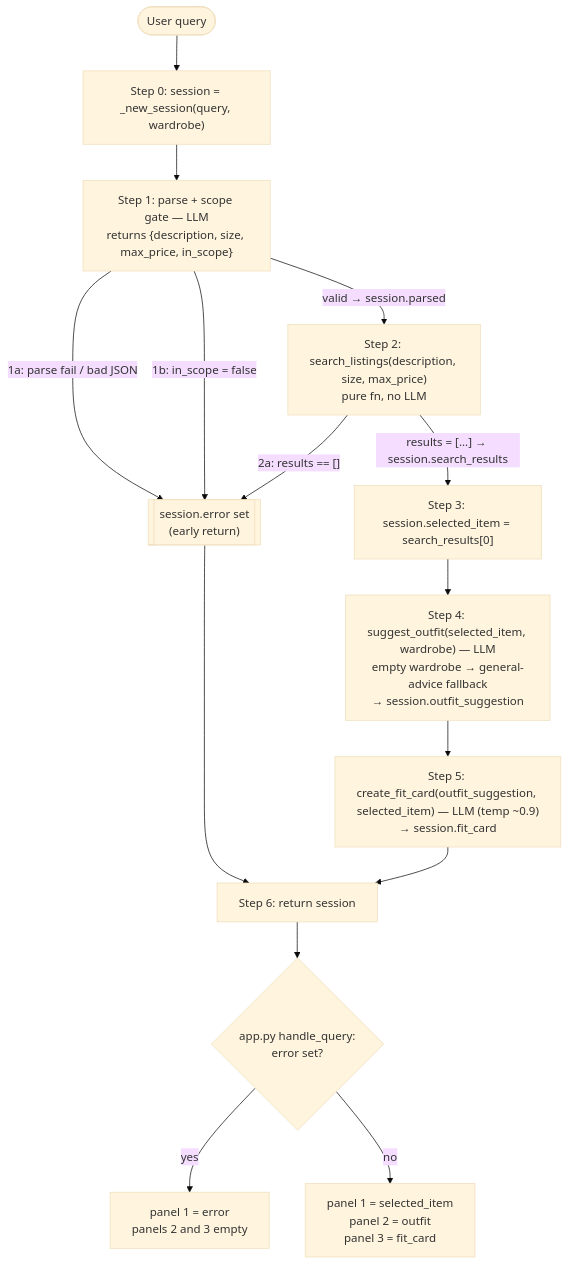
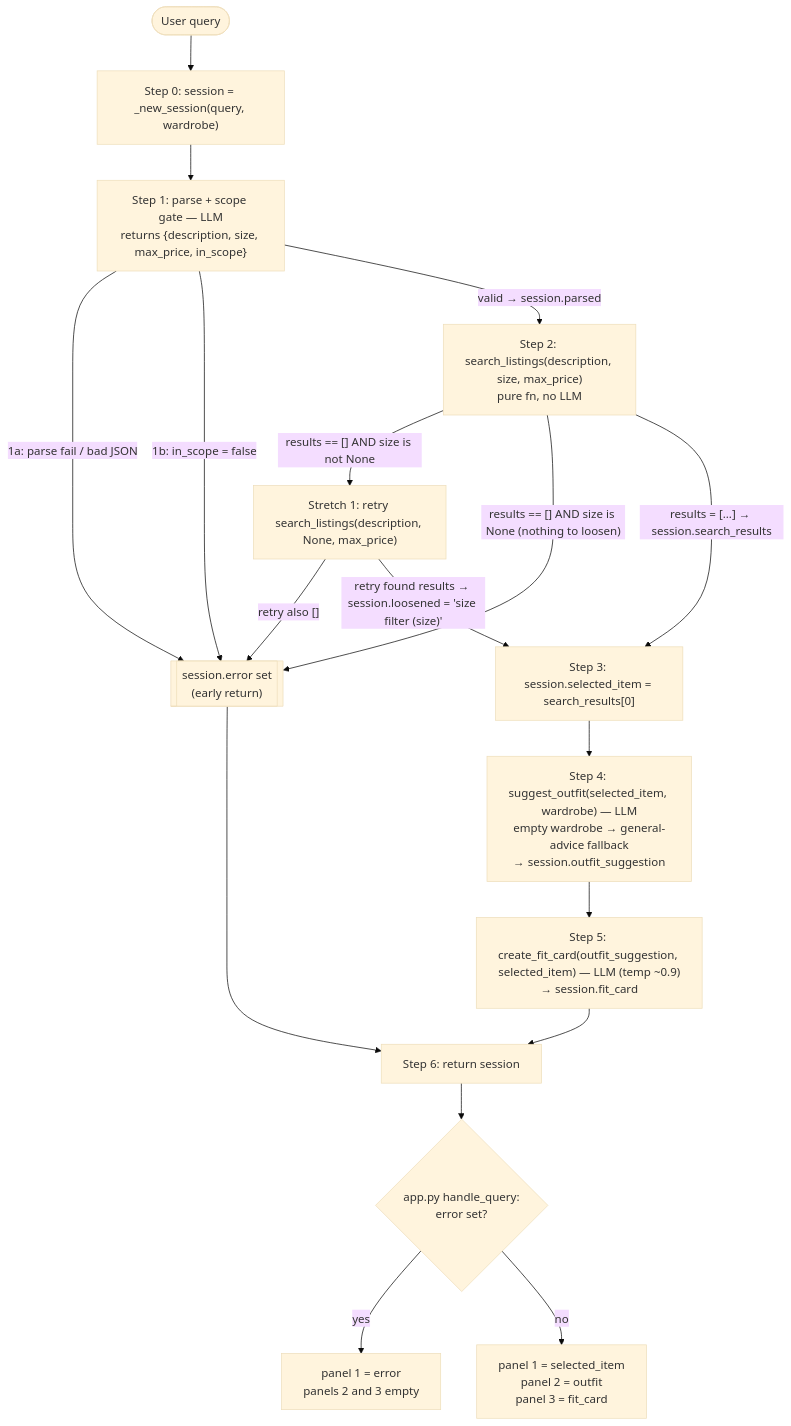
One commit to Omarhus01/ai201-project2-fitfindr-starter changed the diagram in planning.md. Above: the diagram before and after it, drawn with Mermaid (base theme). The commit also changed other lines of this file and 4 other files, not shown here.

First line of the commit message:
M6: write README; Stretch 1 — retry search with loosened size filter

````diff
--- a/planning.md
+++ b/planning.md
@@ -334,17 +335,20 @@
 ```mermaid
 flowchart TD
     U([User query]) --> INIT["Step 0: session = _new_session(query, wardrobe)"]
     INIT --> P["Step 1: parse + scope gate — LLM<br/>returns {description, size, max_price, in_scope}"]
     P -->|"1a: parse fail / bad JSON"| ERR[["session.error set<br/>(early return)"]]
     P -->|"1b: in_scope = false"| ERR
     P -->|"valid → session.parsed"| S["Step 2: search_listings(description, size, max_price)<br/>pure fn, no LLM"]
-    S -->|"2a: results == [] "| ERR
+    S -->|"results == [] AND size is not None"| RETRY["Stretch 1: retry search_listings(description, None, max_price)"]
+    RETRY -->|"retry also []"| ERR
+    RETRY -->|"retry found results → session.loosened = 'size filter (size)'"| SEL
+    S -->|"results == [] AND size is None (nothing to loosen)"| ERR
     S -->|"results = [...] → session.search_results"| SEL["Step 3: session.selected_item = search_results[0]"]
     SEL --> SO["Step 4: suggest_outfit(selected_item, wardrobe) — LLM<br/>empty wardrobe → general-advice fallback<br/>→ session.outfit_suggestion"]
     SO --> FC["Step 5: create_fit_card(outfit_suggestion, selected_item) — LLM (temp ~0.9)<br/>→ session.fit_card"]
     FC --> RET["Step 6: return session"]
     ERR --> RET
     RET --> APP{"app.py handle_query:<br/>error set?"}
     APP -->|"yes"| EP["panel 1 = error<br/>panels 2 and 3 empty"]
     APP -->|"no"| OP["panel 1 = selected_item<br/>panel 2 = outfit<br/>panel 3 = fit_card"]
 ```
````
